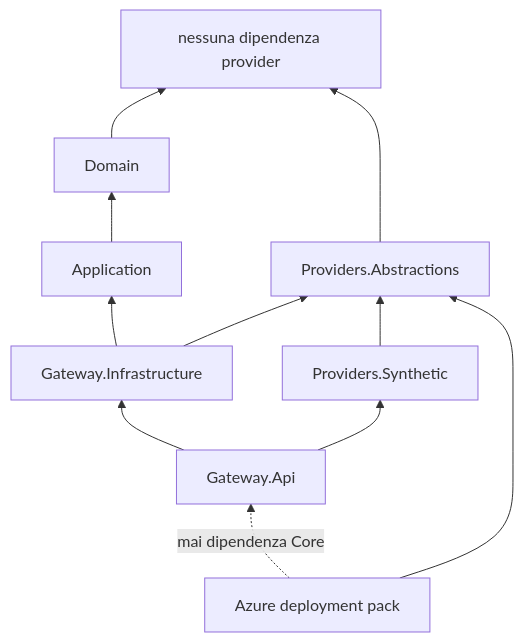
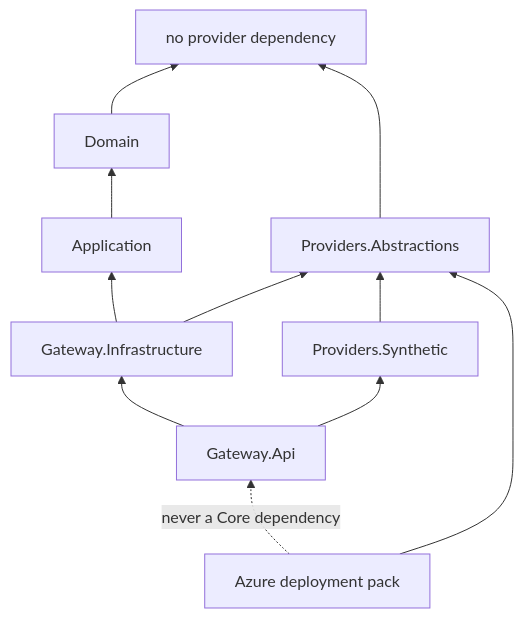
Before and after one commit to marcobiz/secure-integration-platform: the second of 5 diagrams in docs/architecture/m5-admin-ui-and-provider-boundaries.md, drawn with Mermaid. The commit also changed other lines of this file and 102 other files, not shown here.

````diff
--- a/docs/architecture/m5-admin-ui-and-provider-boundaries.md
+++ b/docs/architecture/m5-admin-ui-and-provider-boundaries.md
@@ -28,13 +28,13 @@
 ```mermaid
 flowchart BT
-  D[Domain] --> X[nessuna dipendenza provider]
+  D[Domain] --> X[no provider dependency]
   APP[Application] --> D
   ABS[Providers.Abstractions] --> X
   INF[Gateway.Infrastructure] --> APP
   INF --> ABS
   SYN[Providers.Synthetic] --> ABS
   HOST[Gateway.Api] --> INF
   HOST --> SYN
   AZ[Azure deployment pack] --> ABS
-  AZ -. mai dipendenza Core .-> HOST
+  AZ -. never a Core dependency .-> HOST
 ```
````
